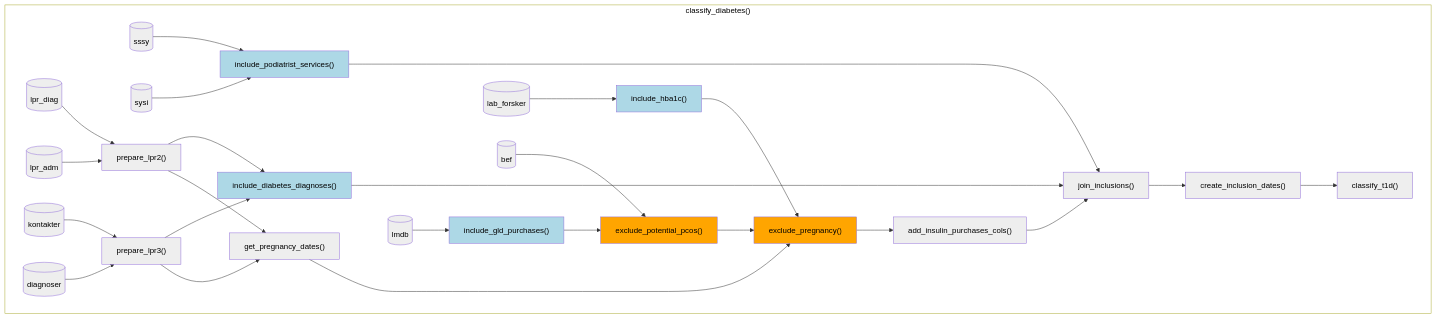
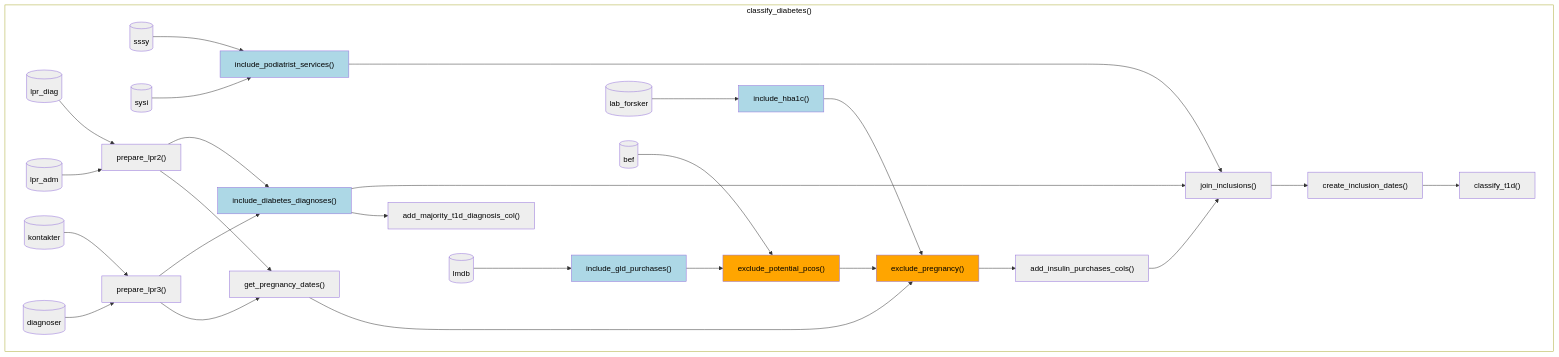
One commit to steno-aarhus/osdc changed the diagram in vignettes/function-flow.qmd. Above: the diagram before and after it, drawn with Mermaid.

Commit message:
docs: :pencil2: add majority t1d diag col function

````diff
--- a/vignettes/function-flow.qmd
+++ b/vignettes/function-flow.qmd
@@ -23,56 +23,57 @@
 ```{mermaid}
 %%| eval: true
 %%| fig-cap: "Flow of functions in, as well as their required input registers, in the `classify_diabetes()` function used for classifying diabetes status using the osdc package. Light blue and orange boxes represent filtering functions (inclusion and exclusion events, respectively)."
 
 flowchart TD
 
   subgraph classify_diabetes["classify_diabetes()"]
 
     lpr_diag[("lpr_diag")] --> prepare_lpr2["prepare_lpr2()"]
     lpr_adm[("lpr_adm")] --> prepare_lpr2
     
     kontakter[("kontakter")] --> prepare_lpr3["prepare_lpr3()"]
     diagnoser[("diagnoser")] --> prepare_lpr3
 
     prepare_lpr2 --> get_pregnancy_dates["get_pregnancy_dates()"]
     prepare_lpr3 --> get_pregnancy_dates
 
     %% Inclusion steps
     sysi[("sysi")] -->include_podiatrist_services["include_podiatrist_services()"]:::include
     sssy[("sssy")] --> include_podiatrist_services
     lpr_diag ~~~ sysi
     lpr_diag ~~~ sssy
 
     prepare_lpr2 --> include_diabetes_diagnoses["include_diabetes_diagnoses()"]:::include
     prepare_lpr3 --> include_diabetes_diagnoses
+    include_diabetes_diagnoses --> add_majority_t1d_diagnosis_col["add_majority_t1d_diagnosis_col()"]
 
     lmdb[("lmdb")] --> include_gld_purchases["include_gld_purchases()"]:::include
 
     lab_forsker[("lab_forsker")] --> include_hba1c["include_hba1c()"]:::include
     
     %% Exclusion steps
     include_gld_purchases --> exclude_potential_pcos["exclude_potential_pcos()"]:::exclude
     bef[("bef")] --> exclude_potential_pcos
     
     exclude_potential_pcos --> exclude_pregnancy["exclude_pregnancy()"]:::exclude
     get_pregnancy_dates --> exclude_pregnancy
     include_hba1c --> exclude_pregnancy
     exclude_pregnancy --> add_insulin_purchases_cols["add_insulin_purchases_cols()"]
     get_pregnancy_dates ~~~ lmdb
 
     %% Joining
     include_diabetes_diagnoses --> join_inclusions["join_inclusions()"]
     include_podiatrist_services --> join_inclusions
     add_insulin_purchases_cols --> join_inclusions
 
     join_inclusions --> create_inclusion_dates["create_inclusion_dates()"]
     create_inclusion_dates --> classify_t1d["classify_t1d()"]
 
   end
 
   %% Styling
   classDef default fill:#EEEEEE,color:#000000
   classDef include fill:lightblue
   classDef exclude fill:orange
   style classify_diabetes fill:#FFFFFF,color:#000000
 ```
````
